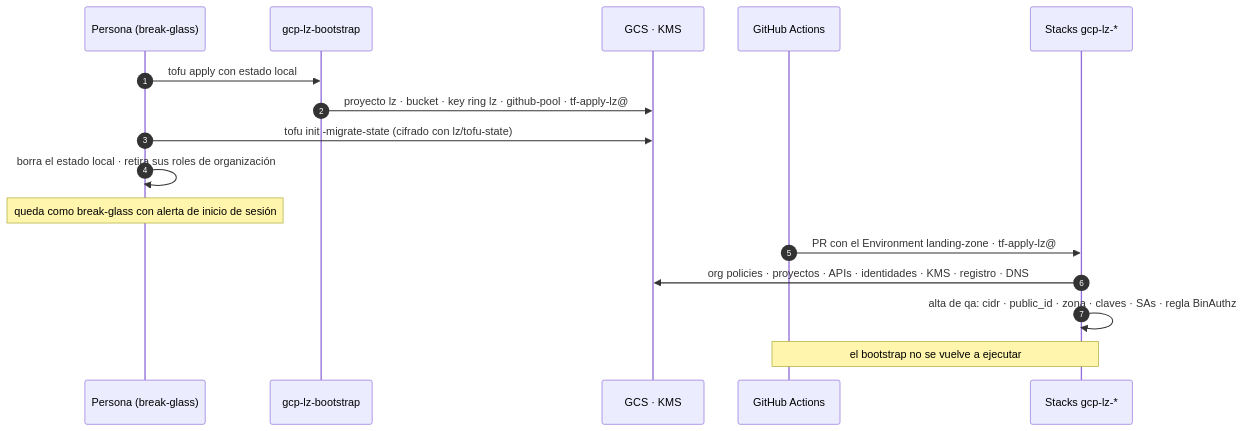
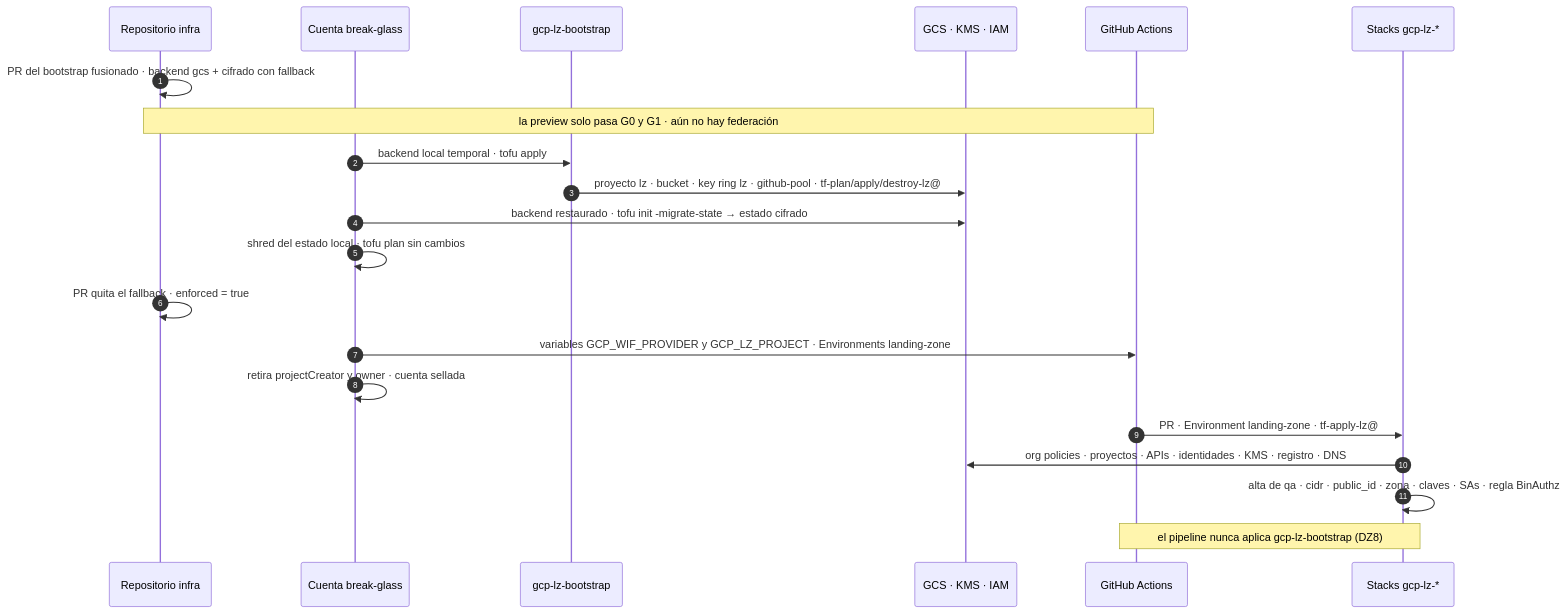
One commit to aescanero/proposal_documents changed the diagram in docs/es/proposals/landing-zone-qa/diagrams/02-arranque.mmd. Above: the diagram before and after it, drawn with Mermaid. The commit also changed 7 other files, not shown here.

First line of the commit message:
landing-zone-qa rev. 3: the gcp-lz-bootstrap runbook, step by step (es and en)

```diff
--- a/docs/es/proposals/landing-zone-qa/diagrams/02-arranque.mmd
+++ b/docs/es/proposals/landing-zone-qa/diagrams/02-arranque.mmd
@@ -1,16 +1,21 @@
 sequenceDiagram
     autonumber
-    participant P as Persona (break-glass)
+    participant R as Repositorio infra
+    participant P as Cuenta break-glass
     participant B as gcp-lz-bootstrap
-    participant G as GCS · KMS
+    participant G as GCS · KMS · IAM
     participant CI as GitHub Actions
     participant L as Stacks gcp-lz-*
-    P->>B: tofu apply con estado local
-    B->>G: proyecto lz · bucket · key ring lz · github-pool · tf-apply-lz@
-    P->>G: tofu init -migrate-state (cifrado con lz/tofu-state)
-    P->>P: borra el estado local · retira sus roles de organización
-    Note over P: queda como break-glass con alerta de inicio de sesión
-    CI->>L: PR con el Environment landing-zone · tf-apply-lz@
+    R->>R: PR del bootstrap fusionado · backend gcs + cifrado con fallback
+    Note over R,CI: la preview solo pasa G0 y G1 · aún no hay federación
+    P->>B: backend local temporal · tofu apply
+    B->>G: proyecto lz · bucket · key ring lz · github-pool · tf-plan/apply/destroy-lz@
+    P->>G: backend restaurado · tofu init -migrate-state → estado cifrado
+    P->>P: shred del estado local · tofu plan sin cambios
+    R->>R: PR quita el fallback · enforced = true
+    P->>CI: variables GCP_WIF_PROVIDER y GCP_LZ_PROJECT · Environments landing-zone
+    P->>P: retira projectCreator y owner · cuenta sellada
+    CI->>L: PR · Environment landing-zone · tf-apply-lz@
     L->>G: org policies · proyectos · APIs · identidades · KMS · registro · DNS
-    L->>L: alta de qa: cidr · public_id · zona · claves · SAs · regla BinAuthz
-    Note over CI,L: el bootstrap no se vuelve a ejecutar
+    L->>L: alta de qa · cidr · public_id · zona · claves · SAs · regla BinAuthz
+    Note over CI,L: el pipeline nunca aplica gcp-lz-bootstrap (DZ8)
```
